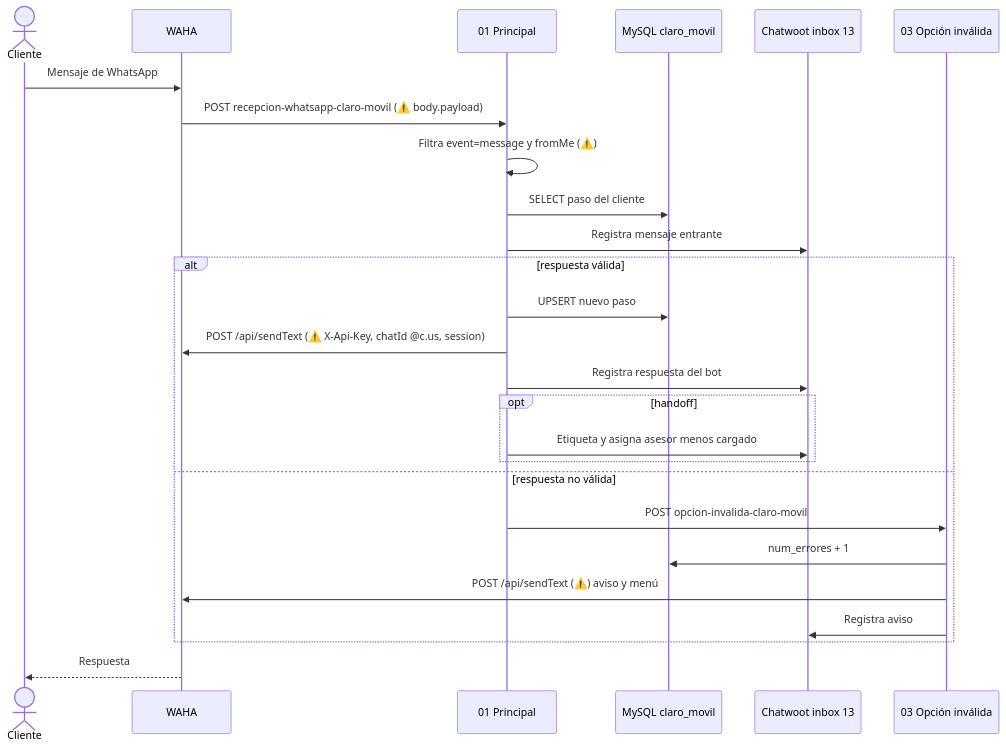
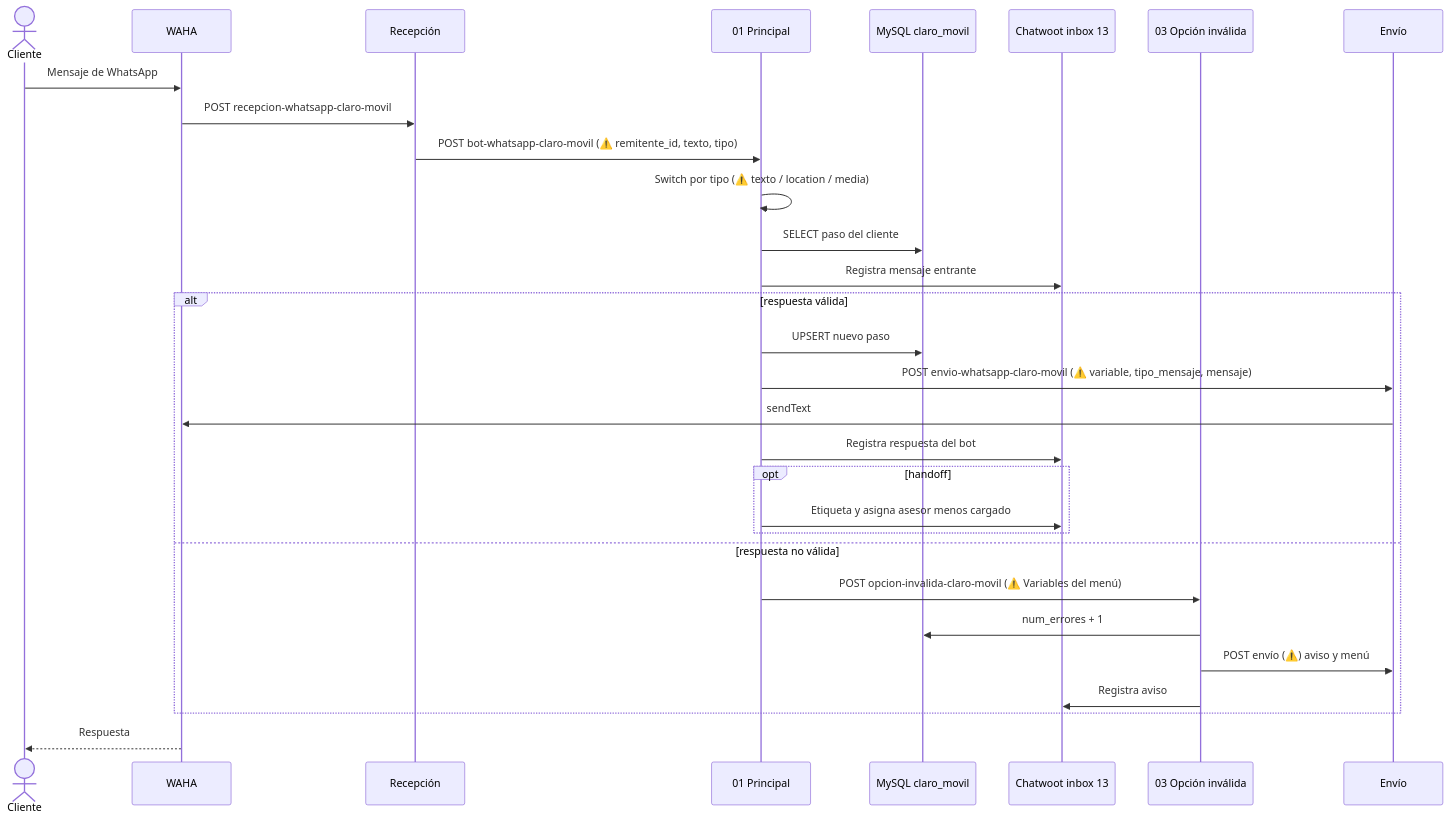
One commit to VictorMagrdev/brain changed the third of 4 diagrams in Pitches/Pitch-Migracion-WAHA-CLARO_MOVIL.md. Above: the diagram before and after it, drawn with Mermaid. The commit also changed other lines of this file and 15 other files, not shown here.

````diff
--- a/Pitches/Pitch-Migracion-WAHA-CLARO_MOVIL.md
+++ b/Pitches/Pitch-Migracion-WAHA-CLARO_MOVIL.md
@@ -112,28 +140,32 @@
 ```mermaid
 sequenceDiagram
     actor C as Cliente
     participant W as WAHA
+    participant R as Recepción
     participant P as 01 Principal
     participant DB as MySQL claro_movil
     participant CW as Chatwoot inbox 13
     participant OI as 03 Opción inválida
+    participant E as Envío
     C->>W: Mensaje de WhatsApp
-    W->>P: POST recepcion-whatsapp-claro-movil (⚠️ body.payload)
-    P->>P: Filtra event=message y fromMe (⚠️)
+    W->>R: POST recepcion-whatsapp-claro-movil
+    R->>P: POST bot-whatsapp-claro-movil (⚠️ remitente_id, texto, tipo)
+    P->>P: Switch por tipo (⚠️ texto / location / media)
     P->>DB: SELECT paso del cliente
     P->>CW: Registra mensaje entrante
     alt respuesta válida
         P->>DB: UPSERT nuevo paso
-        P->>W: POST /api/sendText (⚠️ X-Api-Key, chatId @c.us, session)
+        P->>E: POST envio-whatsapp-claro-movil (⚠️ variable, tipo_mensaje, mensaje)
+        E->>W: sendText
         P->>CW: Registra respuesta del bot
         opt handoff
             P->>CW: Etiqueta y asigna asesor menos cargado
         end
     else respuesta no válida
-        P->>OI: POST opcion-invalida-claro-movil
+        P->>OI: POST opcion-invalida-claro-movil (⚠️ Variables del menú)
         OI->>DB: num_errores + 1
-        OI->>W: POST /api/sendText (⚠️) aviso y menú
+        OI->>E: POST envío (⚠️) aviso y menú
         OI->>CW: Registra aviso
     end
     W-->>C: Respuesta
 ```
````
